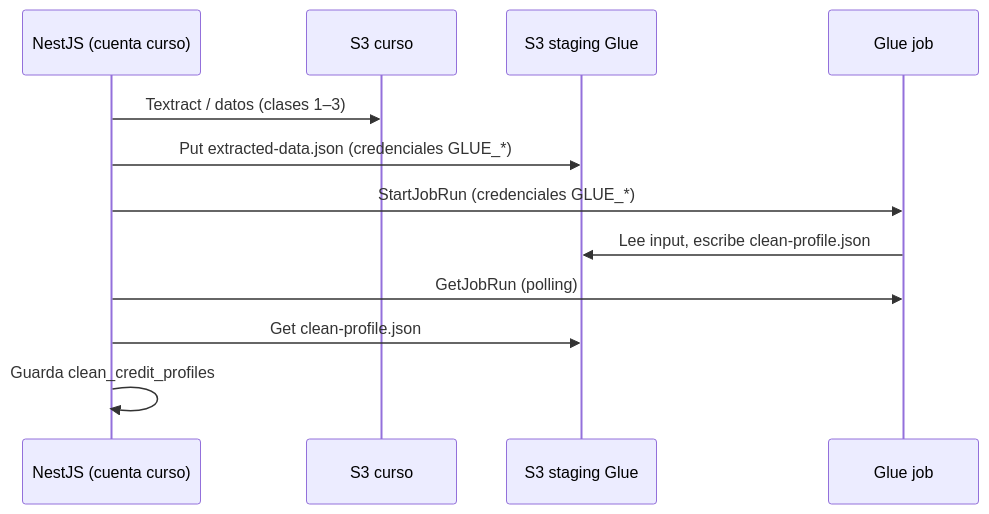
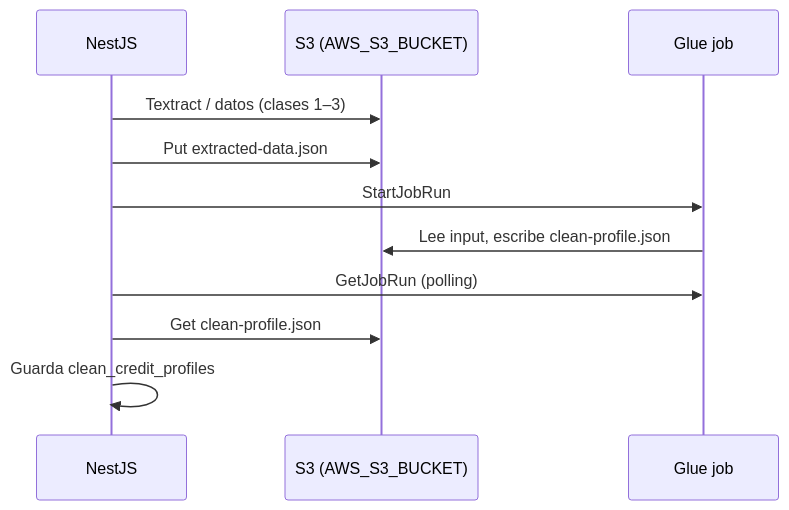
One commit to Cris-Paucara/mi-curso-agentes-n8n changed the third of 3 diagrams in documentacion/modulo-1/clase-04/Clase.md. Above: the diagram before and after it, drawn with Mermaid. The commit also changed other lines of this file and 15 other files, not shown here.

Commit message:
feat: add class 4 glue flow and ml lessons

````diff
--- a/documentacion/modulo-1/clase-04/Clase.md
+++ b/documentacion/modulo-1/clase-04/Clase.md
@@ -551,15 +547,14 @@
 ```mermaid
 sequenceDiagram
-  participant N as NestJS (cuenta curso)
-  participant S3C as S3 curso
-  participant S3G as S3 staging Glue
+  participant N as NestJS
+  participant S3 as S3 (AWS_S3_BUCKET)
   participant G as Glue job
 
-  N->>S3C: Textract / datos (clases 1–3)
-  N->>S3G: Put extracted-data.json (credenciales GLUE_*)
-  N->>G: StartJobRun (credenciales GLUE_*)
-  G->>S3G: Lee input, escribe clean-profile.json
+  N->>S3: Textract / datos (clases 1–3)
+  N->>S3: Put extracted-data.json
+  N->>G: StartJobRun
+  G->>S3: Lee input, escribe clean-profile.json
   N->>G: GetJobRun (polling)
-  N->>S3G: Get clean-profile.json
+  N->>S3: Get clean-profile.json
   N->>N: Guarda clean_credit_profiles
 ```
````
